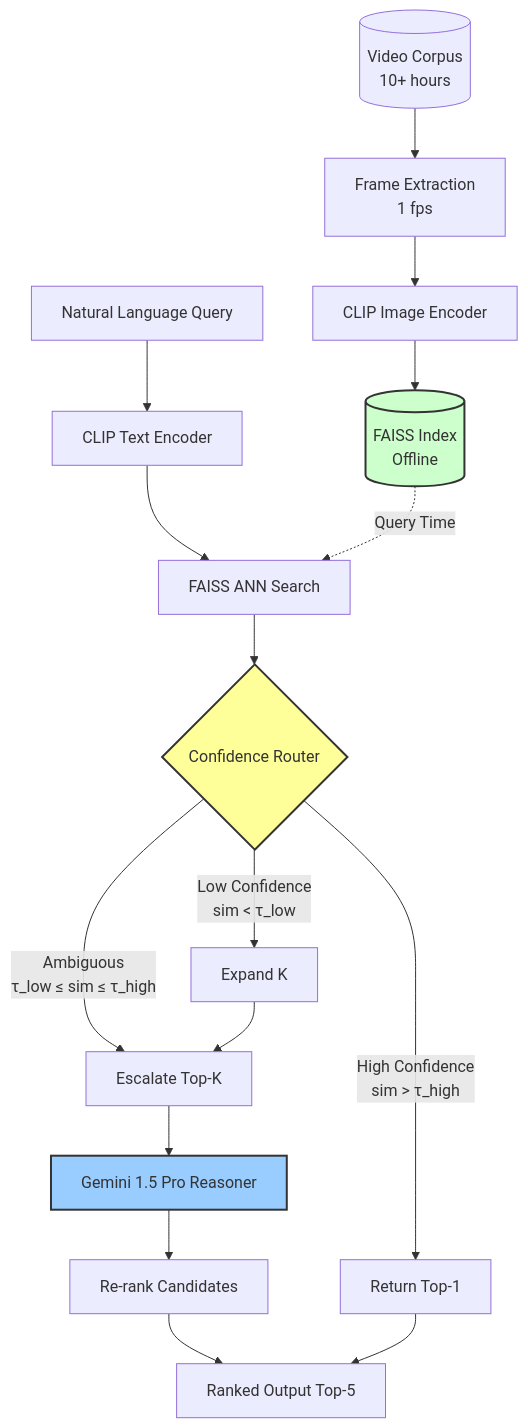
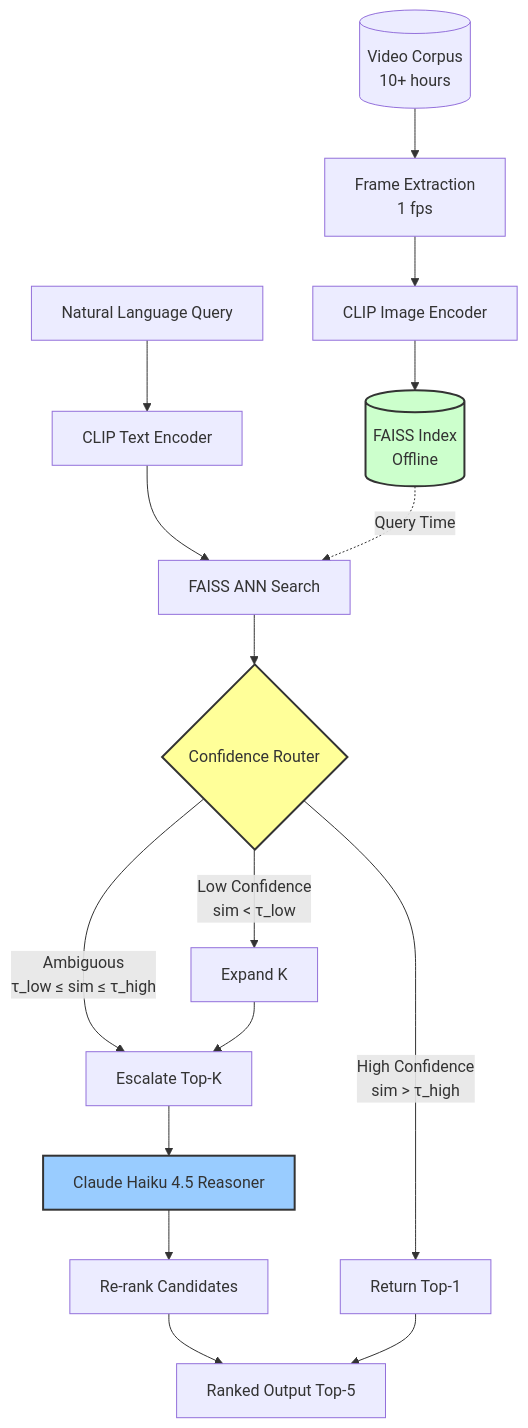
The diagram in docs/architecture.md (kobylev/AI-Video-Investigator), drawn with Mermaid before and after one commit. The commit also changed other lines of this file and 40 other files, not shown here.

First line of the commit message:
Refactor router and reasoner modules for Claude integration

````diff
--- a/docs/architecture.md
+++ b/docs/architecture.md
@@ -13,25 +13,25 @@
 ```mermaid
 graph TD
     A[Natural Language Query] --> B[CLIP Text Encoder]
     B --> C[FAISS ANN Search]
     C --> D{Confidence Router}
 
     D -->|High Confidence<br/>sim > τ_high| E[Return Top-1]
     D -->|Low Confidence<br/>sim < τ_low| F[Expand K]
     D -->|Ambiguous<br/>τ_low ≤ sim ≤ τ_high| G[Escalate Top-K]
 
     F --> G
-    G --> H[Gemini 1.5 Pro Reasoner]
+    G --> H[Claude Haiku 4.5 Reasoner]
     H --> I[Re-rank Candidates]
     I --> J[Ranked Output Top-5]
     E --> J
 
     K[(Video Corpus<br/>10+ hours)] --> L[Frame Extraction<br/>1 fps]
     L --> M[CLIP Image Encoder]
     M --> N[(FAISS Index<br/>Offline)]
     N -.->|Query Time| C
 
     style D fill:#ff9,stroke:#333,stroke-width:2px
     style H fill:#9cf,stroke:#333,stroke-width:2px
     style N fill:#cfc,stroke:#333,stroke-width:2px
 ```
````
